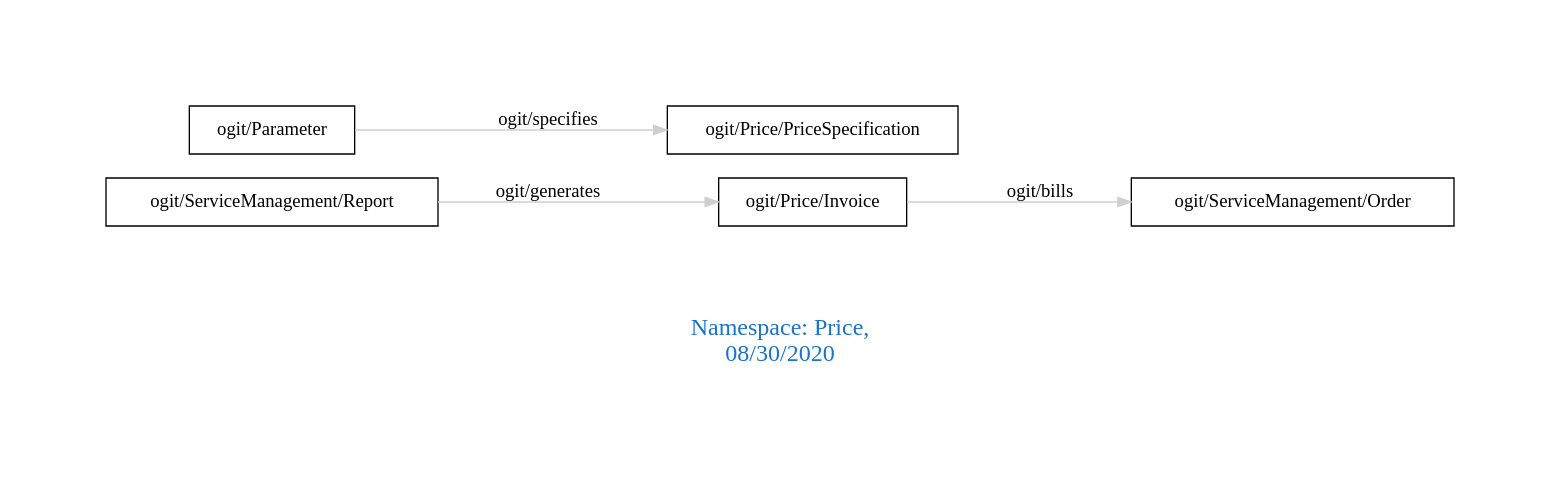
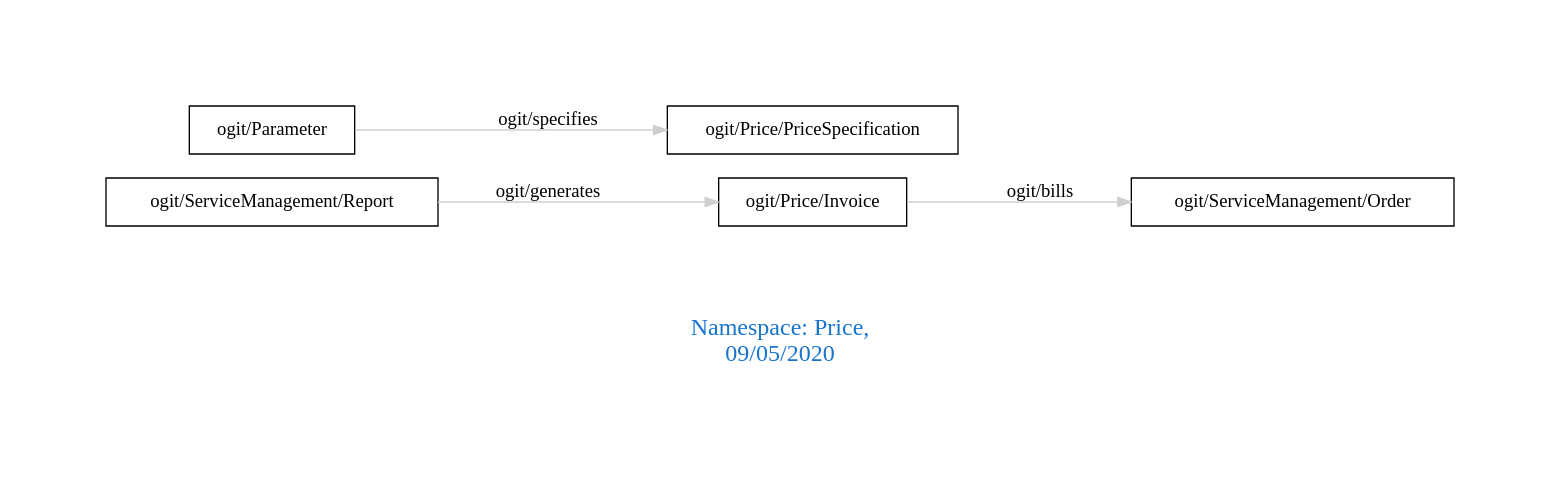
Before and after one commit to arago/OGIT: the diagram in downloads/Price.dot, drawn with Graphviz. The commit also changed 1821 other files, not shown here.

```diff
--- a/downloads/Price.dot
+++ b/downloads/Price.dot
@@ -1,11 +1,11 @@
 digraph OGIT_ontology {
  graph [ rankdir= LR,pad=1 
 fontsize = 18,
-fontcolor= dodgerblue3,label = "\n\n\nNamespace: Price, \n 08/30/2020"];
+fontcolor= dodgerblue3,label = "\n\n\nNamespace: Price, \n 09/05/2020"];
 node[shape=polygon];
 edge [  color="gray81"];
 
    "ogit/Price/Invoice" -> "ogit/ServiceManagement/Order" [label="   ogit/bills    "];
    "ogit/ServiceManagement/Report" -> "ogit/Price/Invoice" [label="   ogit/generates    "];
    "ogit/Parameter" -> "ogit/Price/PriceSpecification" [label="   ogit/specifies    "];
 }
```
